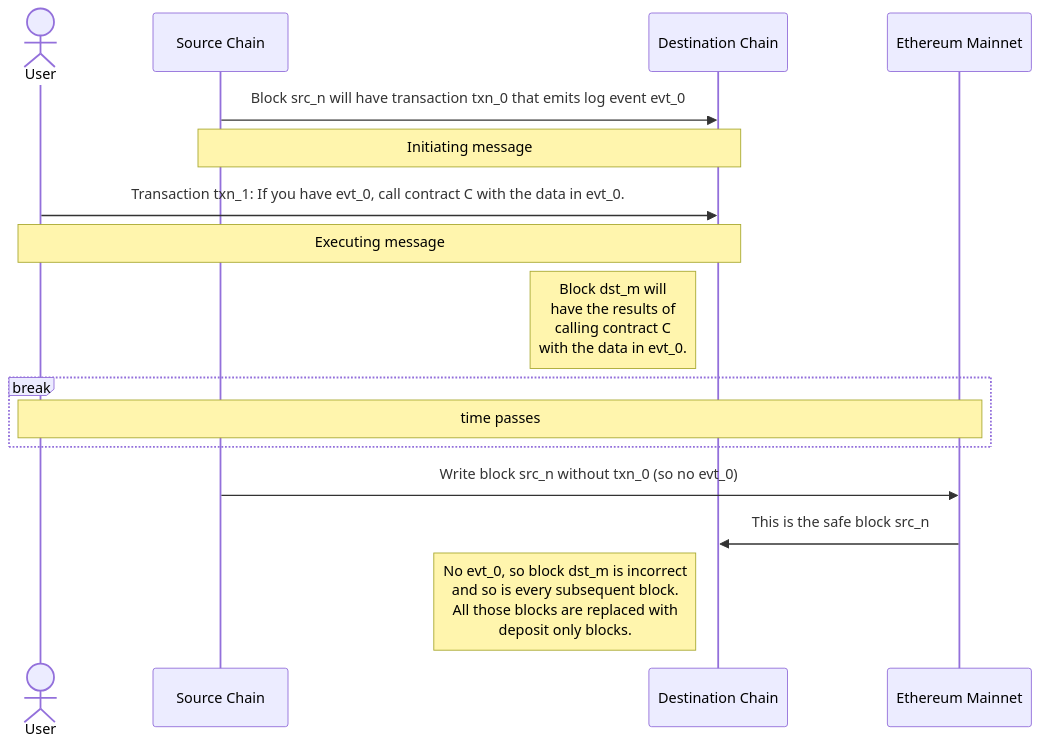
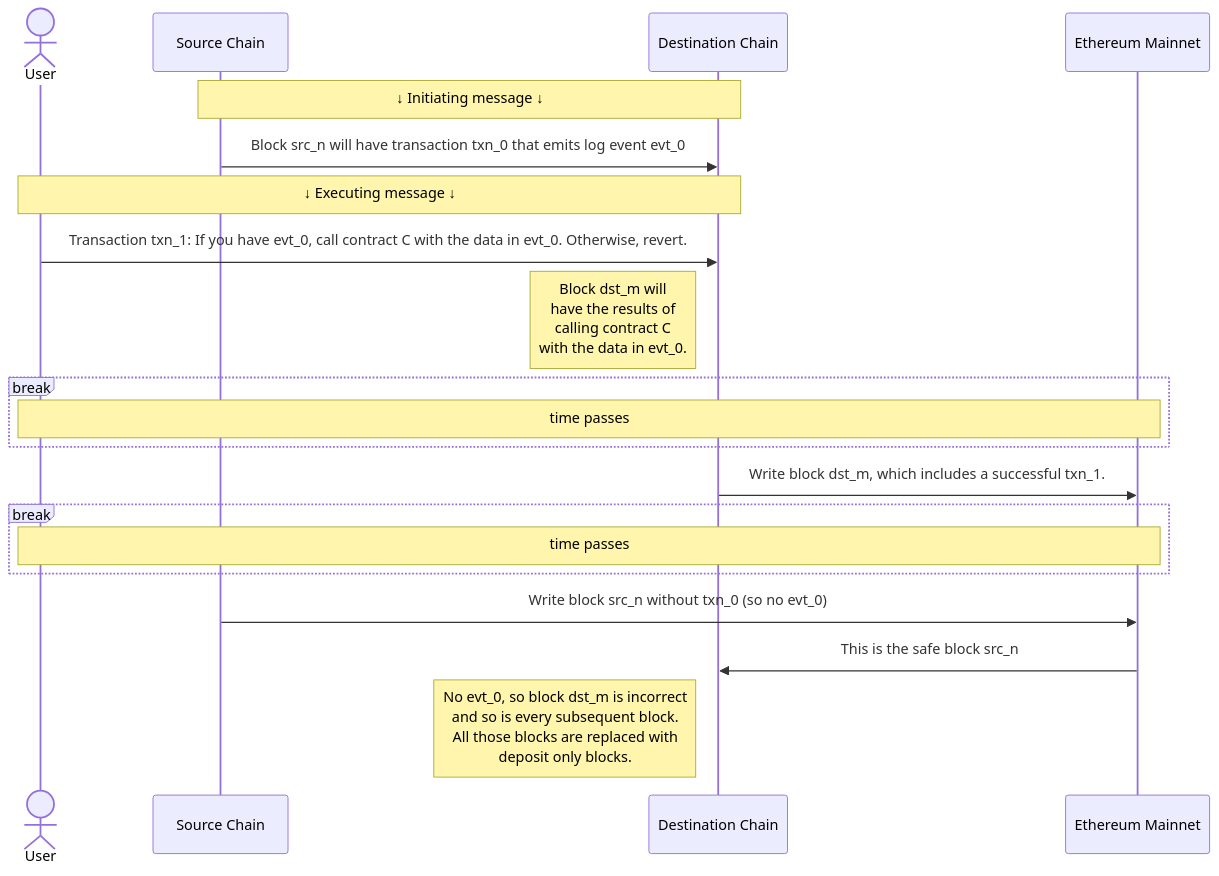
The first of 2 diagrams in pages/stack/interop/security.mdx (ethereum-optimism/docs), drawn with Mermaid before and after one commit. The commit also changed other lines of this file, not shown here.

````diff
--- a/pages/stack/interop/security.mdx
+++ b/pages/stack/interop/security.mdx
@@ -67,19 +75,23 @@
 ```mermaid
 
 sequenceDiagram
     actor app as User
     participant src as Source Chain
     participant dst as Destination Chain
     participant l1 as Ethereum Mainnet
+    note over src,dst: ↓ Initiating message ↓
     src->>dst: Block src_n will have transaction txn_0 that emits log event evt_0
-    note over src,dst: Initiating message
-    app->>dst: Transaction txn_1: If you have evt_0, call contract C with the data in evt_0.
-    note over app,dst: Executing message
+    note over app,dst: ↓ Executing message ↓    
+    app->>dst: Transaction txn_1: If you have evt_0, call contract C with the data in evt_0. Otherwise, revert.
     note left of dst: Block dst_m will <br/> have the results of <br/> calling contract C <br/> with the data in evt_0.
     break
         note over app,l1: time passes
     end
+    dst->>l1: Write block dst_m, which includes a successful txn_1.
+    break
+        note over app,l1: time passes
+    end    
     src->>l1: Write block src_n without txn_0 (so no evt_0)
     l1->>dst: This is the safe block src_n
     note left of dst: No evt_0, so block dst_m is incorrect <br /> and so is every subsequent block. <br /> All those blocks are replaced with <br /> deposit only blocks.
 ```
````
